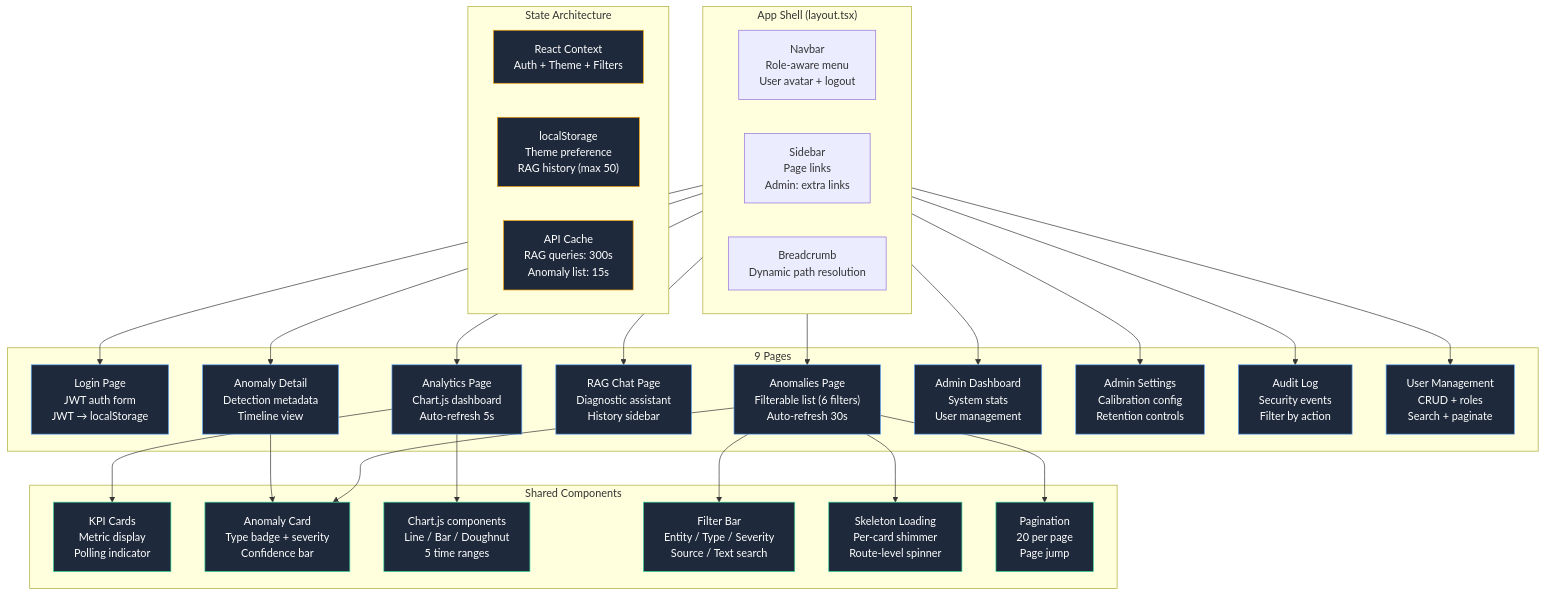
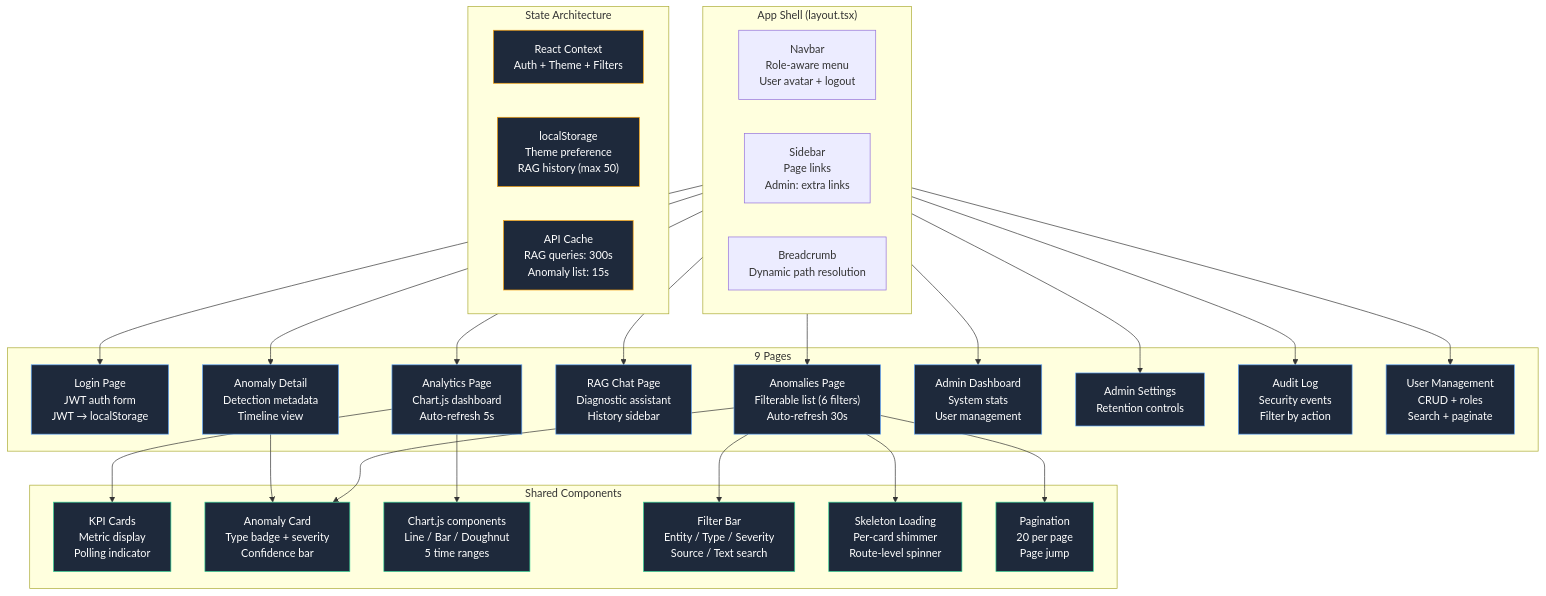
The eighth of 10 diagrams in docs/README-full.md (AhmedIkram05/laad), drawn with Mermaid before and after one commit. The commit also changed other lines of this file and 1 other file, not shown here.

First line of the commit message:
docs: update README and full documentation for PostgreSQL schema changes and confidence system enhancements

````diff
--- a/docs/README-full.md
+++ b/docs/README-full.md
@@ -1007,59 +1009,59 @@
 ```mermaid
 flowchart TD
     subgraph AppShell ["App Shell (layout.tsx)"]
         NAV["Navbar<br/>Role-aware menu<br/>User avatar + logout"]
         SIDE["Sidebar<br/>Page links<br/>Admin: extra links"]
         BREAD["Breadcrumb<br/>Dynamic path resolution"]
     end
 
     subgraph Pages ["9 Pages"]
         LOGIN["Login Page<br/>JWT auth form<br/>JWT → localStorage"]
         ANA["Analytics Page<br/>Chart.js dashboard<br/>Auto-refresh 5s"]
         ANO["Anomalies Page<br/>Filterable list (6 filters)<br/>Auto-refresh 30s"]
         RAG["RAG Chat Page<br/>Diagnostic assistant<br/>History sidebar"]
         DET["Anomaly Detail<br/>Detection metadata<br/>Timeline view"]
         ADM_DASH["Admin Dashboard<br/>System stats<br/>User management"]
-        ADM_SETTINGS["Admin Settings<br/>Calibration config<br/>Retention controls"]
+        ADM_SETTINGS["Admin Settings<br/>Retention controls"]
         ADMIN_LOG["Audit Log<br/>Security events<br/>Filter by action"]
         ADM_USERS["User Management<br/>CRUD + roles<br/>Search + paginate"]
     end
 
     subgraph Shared ["Shared Components"]
         KPI_CARDS["KPI Cards<br/>Metric display<br/>Polling indicator"]
         ANOMALY_CARD["Anomaly Card<br/>Type badge + severity<br/>Confidence bar"]
         METRIC_CHART["Chart.js components<br/>Line / Bar / Doughnut<br/>5 time ranges"]
         FILTER_BAR["Filter Bar<br/>Entity / Type / Severity<br/>Source / Text search"]
         LOADING["Skeleton Loading<br/>Per-card shimmer<br/>Route-level spinner"]
         PAGINATION["Pagination<br/>20 per page<br/>Page jump"]
     end
 
     subgraph State ["State Architecture"]
         CTX["React Context<br/>Auth + Theme + Filters"]
         LS["localStorage<br/>Theme preference<br/>RAG history (max 50)"]
         API_CACHE["API Cache<br/>RAG queries: 300s<br/>Anomaly list: 15s"]
     end
 
     AppShell --> LOGIN
     AppShell --> ANA
     AppShell --> ANO
     AppShell --> RAG
     AppShell --> DET
     AppShell --> ADM_DASH
     AppShell --> ADM_SETTINGS
     AppShell --> ADMIN_LOG
     AppShell --> ADM_USERS
     ANA --> KPI_CARDS
     ANA --> METRIC_CHART
     ANO --> ANOMALY_CARD
     ANO --> FILTER_BAR
     ANO --> PAGINATION
     ANO --> LOADING
     DET --> ANOMALY_CARD
 
     classDef pages fill:#1e293b,stroke:#60a5fa,color:#ffffff;
     classDef shared fill:#1e293b,stroke:#34d399,color:#ffffff;
     classDef state fill:#1e293b,stroke:#f59e0b,color:#ffffff;
     class LOGIN,ANA,ANO,RAG,DET,ADM_DASH,ADM_SETTINGS,ADMIN_LOG,ADM_USERS pages;
     class KPI_CARDS,ANOMALY_CARD,METRIC_CHART,FILTER_BAR,LOADING,PAGINATION shared;
     class CTX,LS,API_CACHE state;
 ```
````
